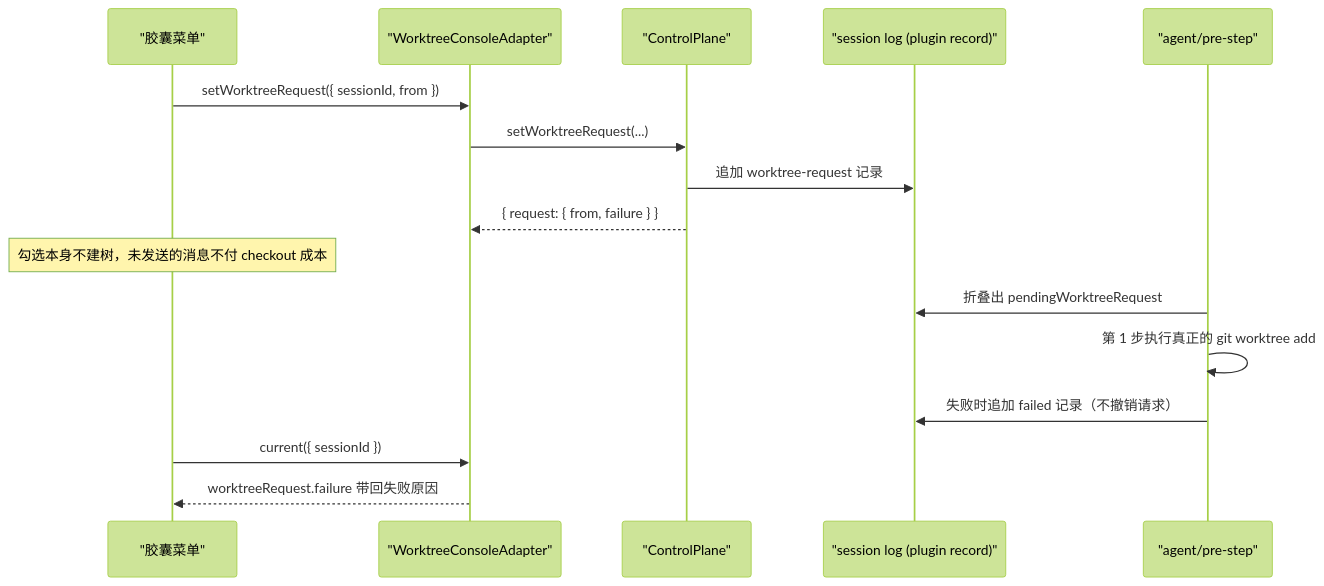
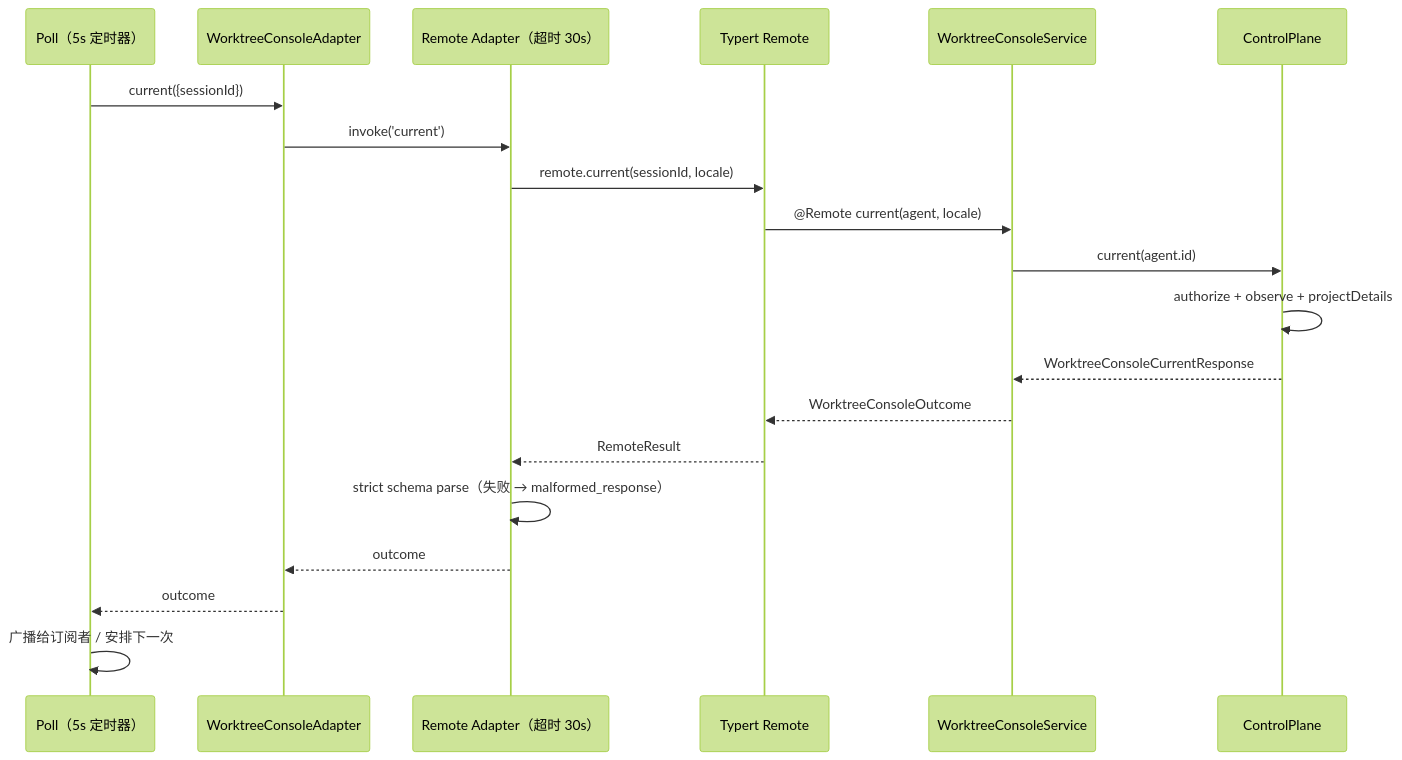
Before and after one commit to ikliml666/dsh-git-workspace: the fifth of 6 diagrams in .codewiki/_native-state/docs/console_contract.md, drawn with Mermaid (forest theme). The commit also changed other lines of this file and 117 other files, not shown here.

````diff
--- a/.codewiki/_native-state/docs/console_contract.md
+++ b/.codewiki/_native-state/docs/console_contract.md
@@ -392,19 +315,22 @@
 ```mermaid
 sequenceDiagram
-  participant UI as "胶囊菜单"
-  participant Ad as "WorktreeConsoleAdapter"
-  participant CP as "ControlPlane"
-  participant Log as "session log (plugin record)"
-  participant Step as "agent/pre-step"
-
-  UI->>Ad: setWorktreeRequest({ sessionId, from })
-  Ad->>CP: setWorktreeRequest(...)
-  CP->>Log: 追加 worktree-request 记录
-  CP-->>Ad: { request: { from, failure } }
-  Note over UI: 勾选本身不建树，未发送的消息不付 checkout 成本
-  Step->>Log: 折叠出 pendingWorktreeRequest
-  Step->>Step: 第 1 步执行真正的 git worktree add
-  Step->>Log: 失败时追加 failed 记录（不撤销请求）
-  UI->>Ad: current({ sessionId })
-  Ad-->>UI: worktreeRequest.failure 带回失败原因
+  participant Poll as Poll（5s 定时器）
+  participant ADP as WorktreeConsoleAdapter
+  participant RADP as Remote Adapter（超时 30s）
+  participant RPC as Typert Remote
+  participant HOST as WorktreeConsoleService
+  participant CP as ControlPlane
+  Poll->>ADP: current({sessionId})
+  ADP->>RADP: invoke('current')
+  RADP->>RPC: remote.current(sessionId, locale)
+  RPC->>HOST: @Remote current(agent, locale)
+  HOST->>CP: current(agent.id)
+  CP->>CP: authorize + observe + projectDetails
+  CP-->>HOST: WorktreeConsoleCurrentResponse
+  HOST-->>RPC: WorktreeConsoleOutcome
+  RPC-->>RADP: RemoteResult
+  RADP->>RADP: strict schema parse（失败 → malformed_response）
+  RADP-->>ADP: outcome
+  ADP-->>Poll: outcome
+  Poll->>Poll: 广播给订阅者 / 安排下一次
 ```
````
